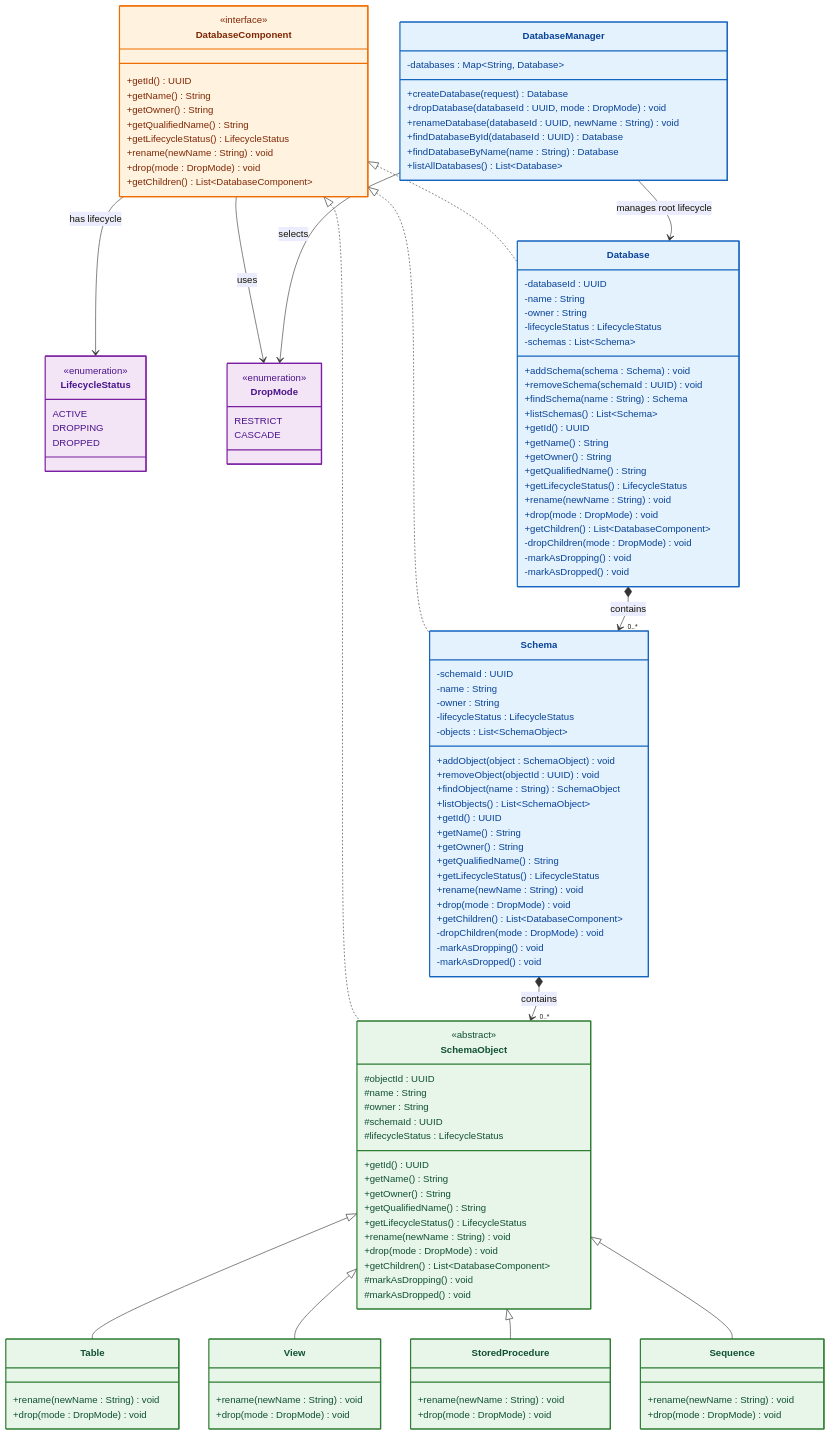
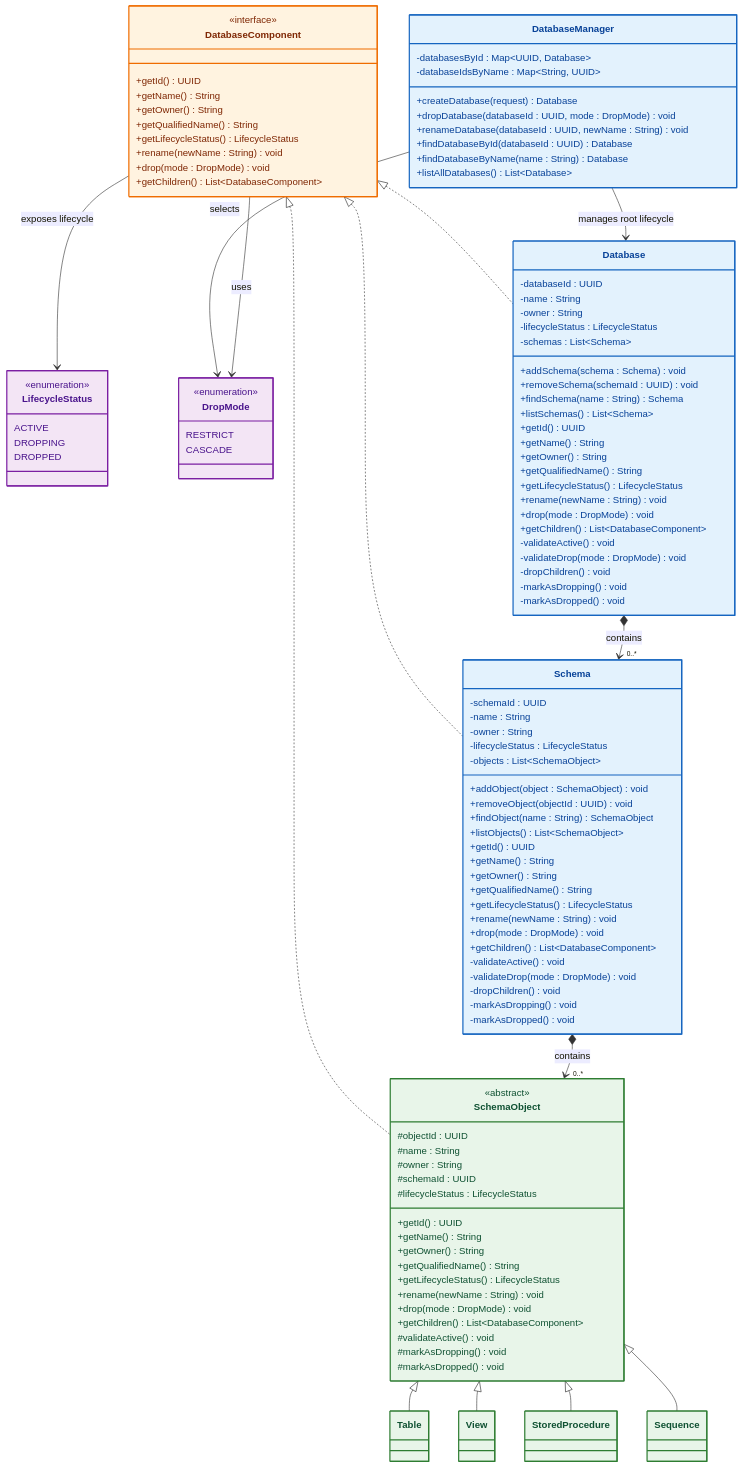
The fifth of 15 diagrams in docs/pattern/README.md (Huy1801214/dbms-architecture), drawn with Mermaid before and after one commit. The commit also changed other lines of this file and 23 other files, not shown here.

Commit message:
implement indexing architecture with support for BTree, Hash, and Bitmap access methods

```diff
--- a/docs/pattern/README.md
+++ b/docs/pattern/README.md
@@ -1380,7 +1677,8 @@
 %% =====================================================
 
 class DatabaseManager {
-    -databases : Map~String, Database~
+    -databasesById : Map~UUID, Database~
+    -databaseIdsByName : Map~String, UUID~
 
     +createDatabase(request) Database
     +dropDatabase(databaseId : UUID, mode : DropMode) void
@@ -1410,7 +1708,7 @@
 }
 
 %% =====================================================
-%% Lifecycle Types
+%% Structural Lifecycle Types
 %% =====================================================
 
 class LifecycleStatus {
@@ -1429,7 +1727,7 @@
 }
 
 %% =====================================================
-%% Composite: Database
+%% Root Composite: Database
 %% =====================================================
 
 class Database {
@@ -1454,13 +1752,15 @@
     +drop(mode : DropMode) void
     +getChildren() List~DatabaseComponent~
 
-    -dropChildren(mode : DropMode) void
+    -validateActive() void
+    -validateDrop(mode : DropMode) void
+    -dropChildren() void
     -markAsDropping() void
     -markAsDropped() void
 }
 
 %% =====================================================
-%% Composite: Schema
+%% Child Composite: Schema
 %% =====================================================
 
 class Schema {
@@ -1485,7 +1785,9 @@
     +drop(mode : DropMode) void
     +getChildren() List~DatabaseComponent~
 
-    -dropChildren(mode : DropMode) void
+    -validateActive() void
+    -validateDrop(mode : DropMode) void
+    -dropChildren() void
     -markAsDropping() void
     -markAsDropped() void
 }
@@ -1513,6 +1815,7 @@
     +drop(mode : DropMode) void
     +getChildren() List~DatabaseComponent~
 
+    #validateActive() void
     #markAsDropping() void
     #markAsDropped() void
 }
@@ -1521,25 +1824,13 @@
 %% Concrete Leaves
 %% =====================================================
 
-class Table {
-    +rename(newName : String) void
-    +drop(mode : DropMode) void
-}
+class Table
 
-class View {
-    +rename(newName : String) void
-    +drop(mode : DropMode) void
-}
+class View
 
-class StoredProcedure {
-    +rename(newName : String) void
-    +drop(mode : DropMode) void
-}
+class StoredProcedure
 
-class Sequence {
-    +rename(newName : String) void
-    +drop(mode : DropMode) void
-}
+class Sequence
 
 %% =====================================================
 %% Composite Implementation
@@ -1557,16 +1848,19 @@
 Database *--> "0..*" Schema : contains
 Schema *--> "0..*" SchemaObject : contains
 
+%% =====================================================
+%% Root Lifecycle Management
+%% =====================================================
+
 DatabaseManager --> Database : manages root lifecycle
+DatabaseManager --> DropMode : selects
 
 %% =====================================================
-%% Lifecycle Relationships
+%% Structural Lifecycle Relationships
 %% =====================================================
 
-DatabaseComponent --> LifecycleStatus : has lifecycle
+DatabaseComponent --> LifecycleStatus : exposes lifecycle
 DatabaseComponent --> DropMode : uses
-
-DatabaseManager --> DropMode : selects
 
 %% =====================================================
 %% Styling
```
